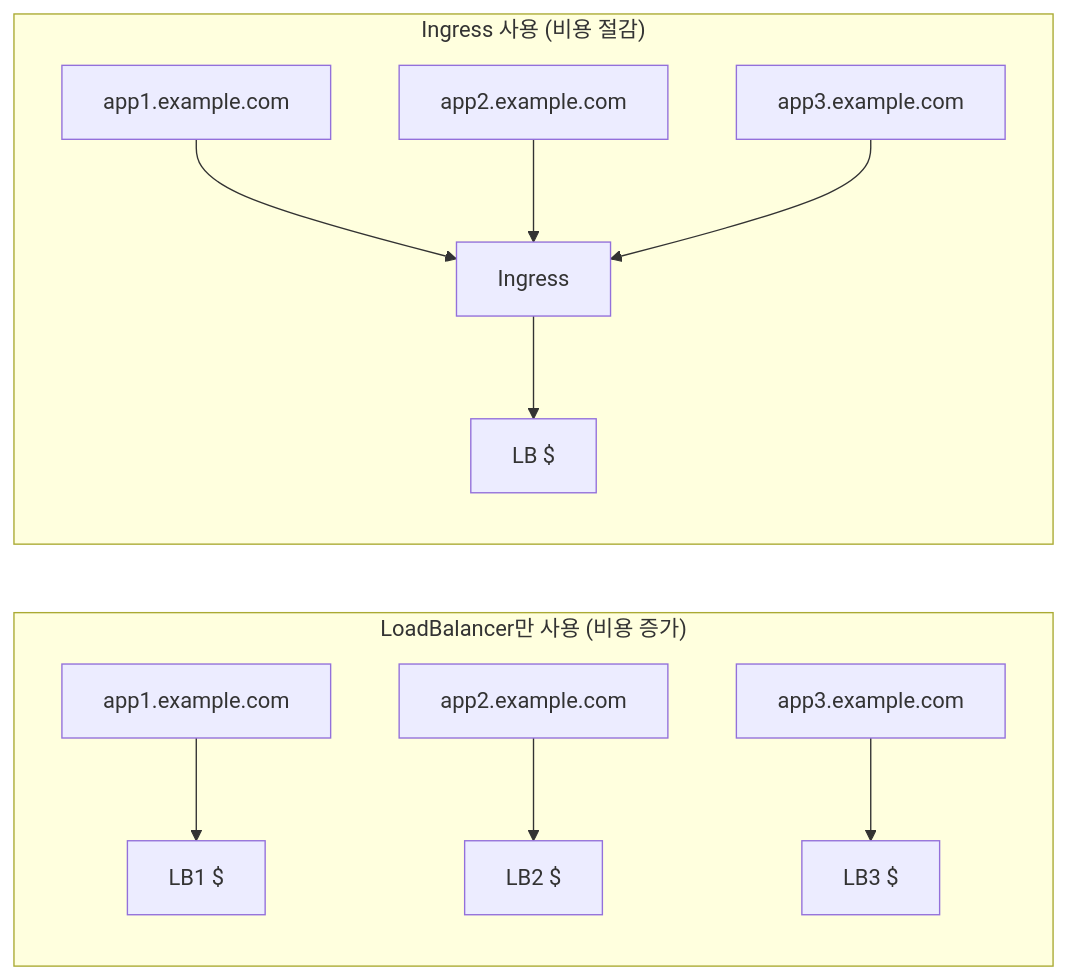
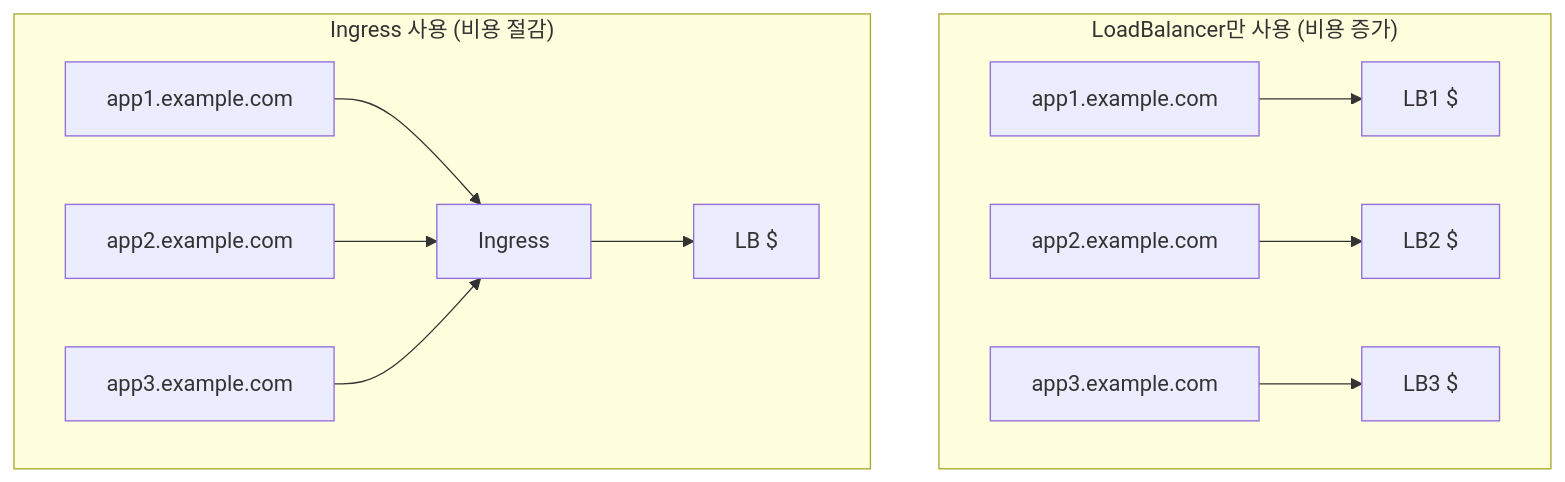
Before and after one commit to K-Diger/k-diger.github.io: the first of 2 diagrams in _posts/2026-01-01-kubernetes-11-ingress.md, drawn with Mermaid. The commit also changed 13 other files, not shown here.

````diff
--- a/_posts/2026-01-01-kubernetes-11-ingress.md
+++ b/_posts/2026-01-01-kubernetes-11-ingress.md
@@ -25,15 +25,26 @@
 ```mermaid
-flowchart LR
+flowchart TB
     subgraph before["LoadBalancer만 사용 (비용 증가)"]
-        app1_b["app1.example.com"] --> lb1["LB1 $"]
-        app2_b["app2.example.com"] --> lb2["LB2 $"]
-        app3_b["app3.example.com"] --> lb3["LB3 $"]
+        app1_b["app1.example.com"]
+        app2_b["app2.example.com"]
+        app3_b["app3.example.com"]
+        lb1["LB1 $"]
+        lb2["LB2 $"]
+        lb3["LB3 $"]
+        app1_b --> lb1
+        app2_b --> lb2
+        app3_b --> lb3
     end
 
     subgraph after["Ingress 사용 (비용 절감)"]
-        app1_a["app1.example.com"] --> ingress["Ingress"]
-        app2_a["app2.example.com"] --> ingress
-        app3_a["app3.example.com"] --> ingress
-        ingress --> lb["LB $"]
+        app1_a["app1.example.com"]
+        app2_a["app2.example.com"]
+        app3_a["app3.example.com"]
+        ingress["Ingress"]
+        lb["LB $"]
+        app1_a --> ingress
+        app2_a --> ingress
+        app3_a --> ingress
+        ingress --> lb
     end
 ```
````
